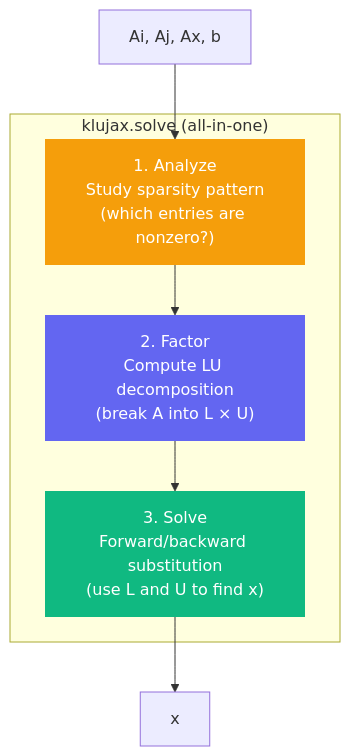
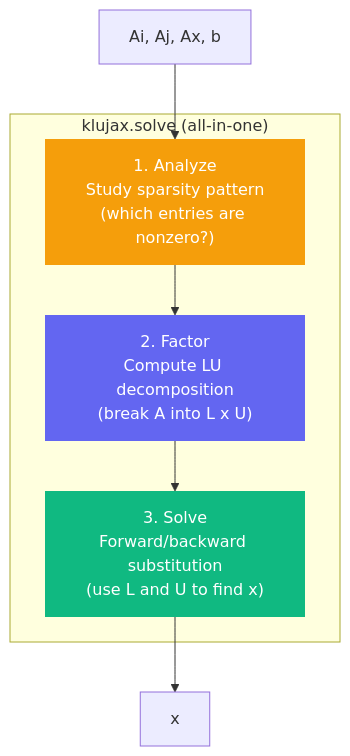
The diagram in docs/getting-started.md (flaport/klujax), drawn with Mermaid before and after one commit. The commit also changed other lines of this file and 21 other files, not shown here.

````diff
--- a/docs/getting-started.md
+++ b/docs/getting-started.md
@@ -80,14 +78,14 @@
 ```mermaid
 flowchart TD
     subgraph "klujax.solve (all-in-one)"
-        A1["1. Analyze\nStudy sparsity pattern\n(which entries are nonzero?)"]
-        A2["2. Factor\nCompute LU decomposition\n(break A into L × U)"]
-        A3["3. Solve\nForward/backward substitution\n(use L and U to find x)"]
+        A1["1. Analyze\nStudy sparsity pattern\n#40;which entries are nonzero?#41;"]
+        A2["2. Factor\nCompute LU decomposition\n#40;break A into L x U#41;"]
+        A3["3. Solve\nForward/backward substitution\n#40;use L and U to find x#41;"]
         A1 --> A2 --> A3
     end
     Input["Ai, Aj, Ax, b"] --> A1
     A3 --> Output["x"]
     style A1 fill:#f59e0b,color:#fff,stroke:none
     style A2 fill:#6366f1,color:#fff,stroke:none
     style A3 fill:#10b981,color:#fff,stroke:none
 ```
````
